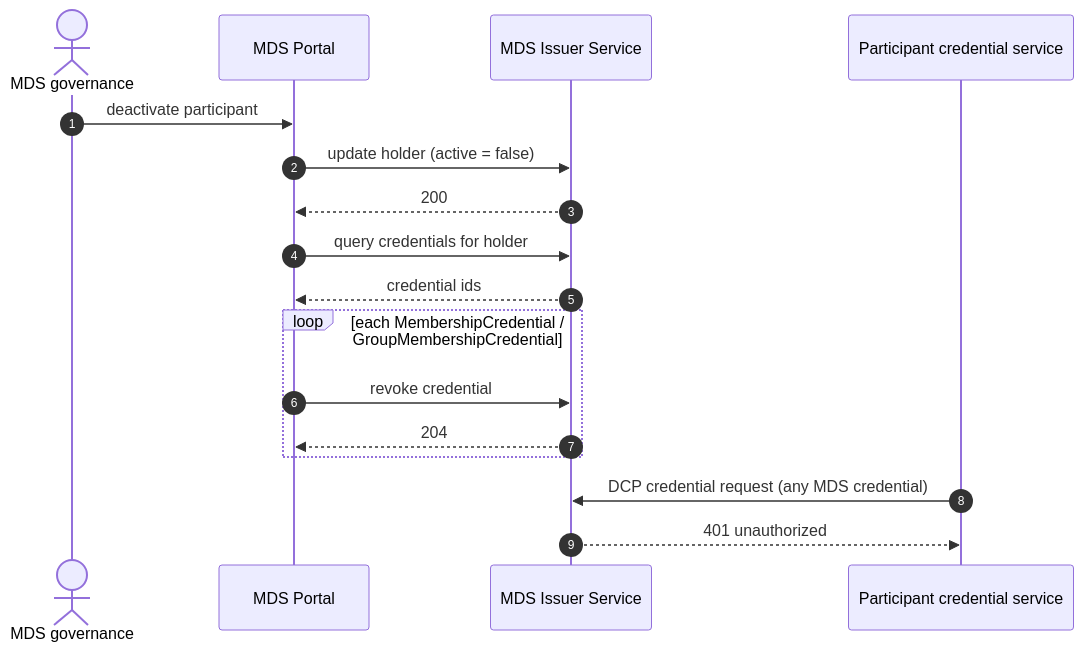
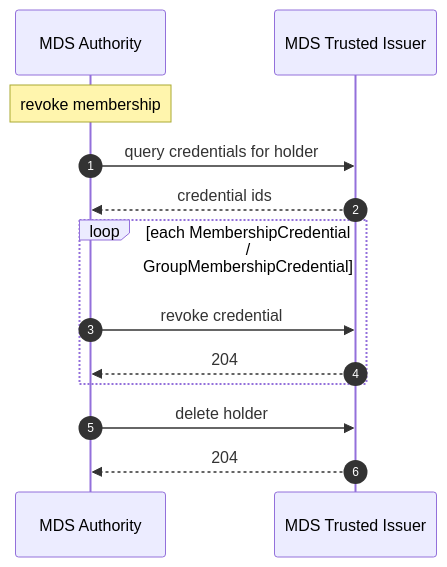
The first of 2 diagrams in 2026/1/credentials/mds-credentials-2026-1.md (Mobility-Data-Space/mds-profile), drawn with Mermaid before and after one commit. The commit also changed other lines of this file and 12 other files, not shown here.

````diff
--- a/2026/1/credentials/mds-credentials-2026-1.md
+++ b/2026/1/credentials/mds-credentials-2026-1.md
@@ -105,21 +110,16 @@
 ```mermaid
 sequenceDiagram
     autonumber
-    actor Admin as MDS governance
-    participant Portal as MDS Portal
-    participant Issuer as MDS Issuer Service
-    participant Holder as Participant credential service
+    participant Authority as MDS Authority
+    participant Issuer as MDS Trusted Issuer
 
-    Admin->>Portal: deactivate participant
-    Portal->>Issuer: update holder (active = false)
-    Issuer-->>Portal: 200
-    Portal->>Issuer: query credentials for holder
-    Issuer-->>Portal: credential ids
+    Note over Authority: revoke membership
+    Authority->>Issuer: query credentials for holder
+    Issuer-->>Authority: credential ids
     loop each MembershipCredential / GroupMembershipCredential
-        Portal->>Issuer: revoke credential
-        Issuer-->>Portal: 204
+        Authority->>Issuer: revoke credential
+        Issuer-->>Authority: 204
     end
-
-    Holder->>Issuer: DCP credential request (any MDS credential)
-    Issuer-->>Holder: 401 unauthorized
+    Authority->>Issuer: delete holder
+    Issuer-->>Authority: 204
 ```
````
